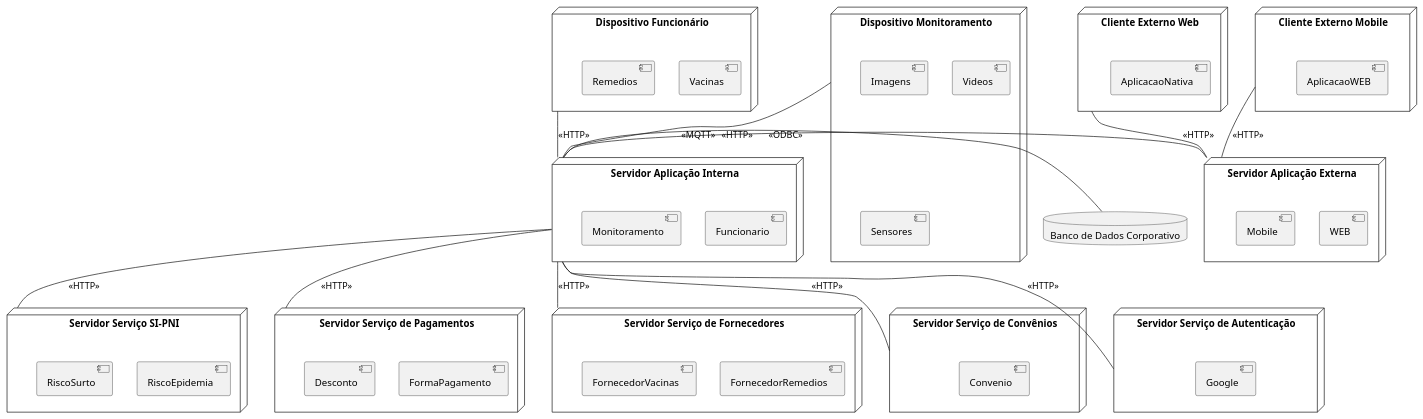
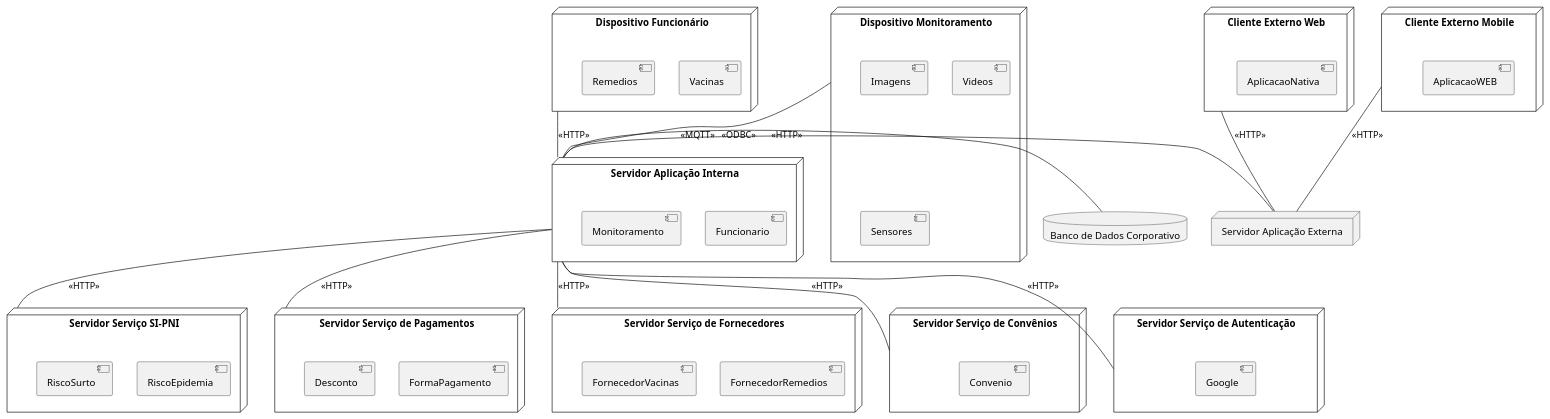
Before and after one commit to belcogo/desenv-software-diagramas: the diagram in diagrama-implementacao.PLANTUML, drawn with PlantUML.

Commit message:
Removendo WEB e Mobile - Servidor Externo

```diff
--- a/diagrama-implementacao.PLANTUML
+++ b/diagrama-implementacao.PLANTUML
@@ -1,71 +1,68 @@
 @startuml
 database bancoDeDados as "Banco de Dados Corporativo"
 
 node servidorInterno as "Servidor Aplicação Interna"{
 component Funcionario
 component Monitoramento
 }
 
-node servidorExterno as "Servidor Aplicação Externa"{
-component WEB
-component Mobile
-}
+node servidorExterno as "Servidor Aplicação Externa"
 
 node servicoSIPNI as "Servidor Serviço SI-PNI"{
 component RiscoEpidemia
 component RiscoSurto
 }
 
 node servicoPagamento as "Servidor Serviço de Pagamentos"{
 component FormaPagamento
 component Desconto
 }
 
 node servicoFornecedores as "Servidor Serviço de Fornecedores"{
 component FornecedorRemedios
 component FornecedorVacinas
 }
 
 node servicoConvenios as "Servidor Serviço de Convênios"{
 component Convenio
 }
 
 node servicoAutenticacao as "Servidor Serviço de Autenticação"{
 component Google
 }
 
 node dispositivoFuncionario as "Dispositivo Funcionário"{
 component Vacinas
 component Remedios
 }
 
 node dispositivoMonitoramento as "Dispositivo Monitoramento"{
 component Imagens
 component Videos
 component Sensores
 }
 
 
 node clienteWeb as "Cliente Externo Web" {
 component AplicacaoNativa
 }
 
 node clienteMobile as "Cliente Externo Mobile"{
 component AplicacaoWEB
 }
 
 
 servidorInterno -- servicoPagamento : <<HTTP>>
 servidorInterno -- servicoFornecedores : <<HTTP>>
 servidorInterno -- servicoSIPNI : <<HTTP>>
 servidorInterno -- servicoConvenios : <<HTTP>>
 servidorInterno -- servicoAutenticacao : <<HTTP>>
 
 
 servidorInterno - bancoDeDados : <<ODBC>>
 servidorExterno - servidorInterno : <<HTTP>>
 dispositivoMonitoramento -- servidorInterno : <<MQTT>>
 dispositivoFuncionario -- servidorInterno : <<HTTP>>
 clienteWeb -- servidorExterno : <<HTTP>>
 clienteMobile -- servidorExterno : <<HTTP>>
 @enduml
```
